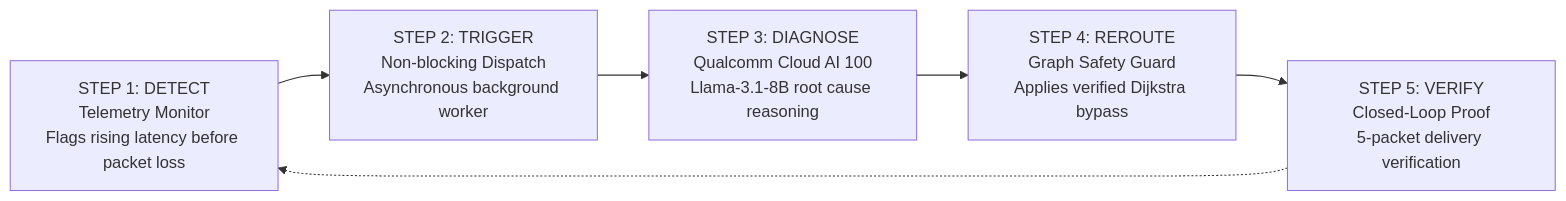
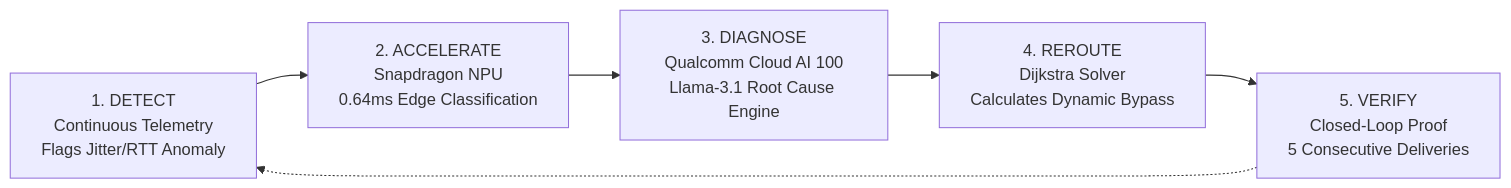
One commit to Reya-Doshi/Nexus changed the second of 2 diagrams in README.md. Above: the diagram before and after it, drawn with Mermaid. The commit also changed other lines of this file, not shown here.

Commit message:
docs: 10000x overhaul README with Qualcomm Cloud AI 100, Snapdragon NPU benchmarks, and NC-04 architecture

````diff
--- a/README.md
+++ b/README.md
@@ -42,14 +92,10 @@
 ```mermaid
 flowchart LR
-    S1["STEP 1: DETECT<br/>Telemetry Monitor<br/>Flags rising latency before packet loss"]
-    S2["STEP 2: TRIGGER<br/>Non-blocking Dispatch<br/>Asynchronous background worker"]
-    S3["STEP 3: DIAGNOSE<br/>Qualcomm Cloud AI 100<br/>Llama-3.1-8B root cause reasoning"]
-    S4["STEP 4: REROUTE<br/>Graph Safety Guard<br/>Applies verified Dijkstra bypass"]
-    S5["STEP 5: VERIFY<br/>Closed-Loop Proof<br/>5-packet delivery verification"]
+    S1["1. DETECT<br/>Continuous Telemetry<br/>Flags Jitter/RTT Anomaly"]
+    S2["2. ACCELERATE<br/>Snapdragon NPU<br/>0.64ms Edge Classification"]
+    S3["3. DIAGNOSE<br/>Qualcomm Cloud AI 100<br/>Llama-3.1 Root Cause Engine"]
+    S4["4. REROUTE<br/>Dijkstra Solver<br/>Calculates Dynamic Bypass"]
+    S5["5. VERIFY<br/>Closed-Loop Proof<br/>5 Consecutive Deliveries"]
 
-    S1 --> S2
-    S2 --> S3
-    S3 --> S4
-    S4 --> S5
-    S5 -.-> S1
+    S1 --> S2 --> S3 --> S4 --> S5 -.-> S1
 ```
````
